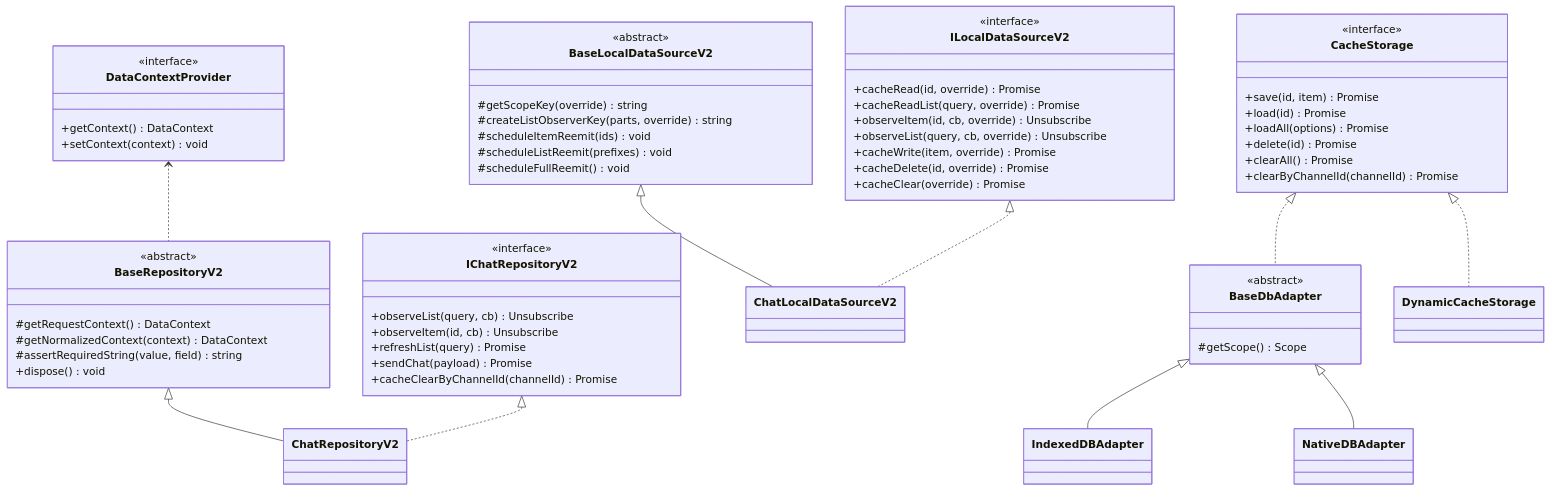
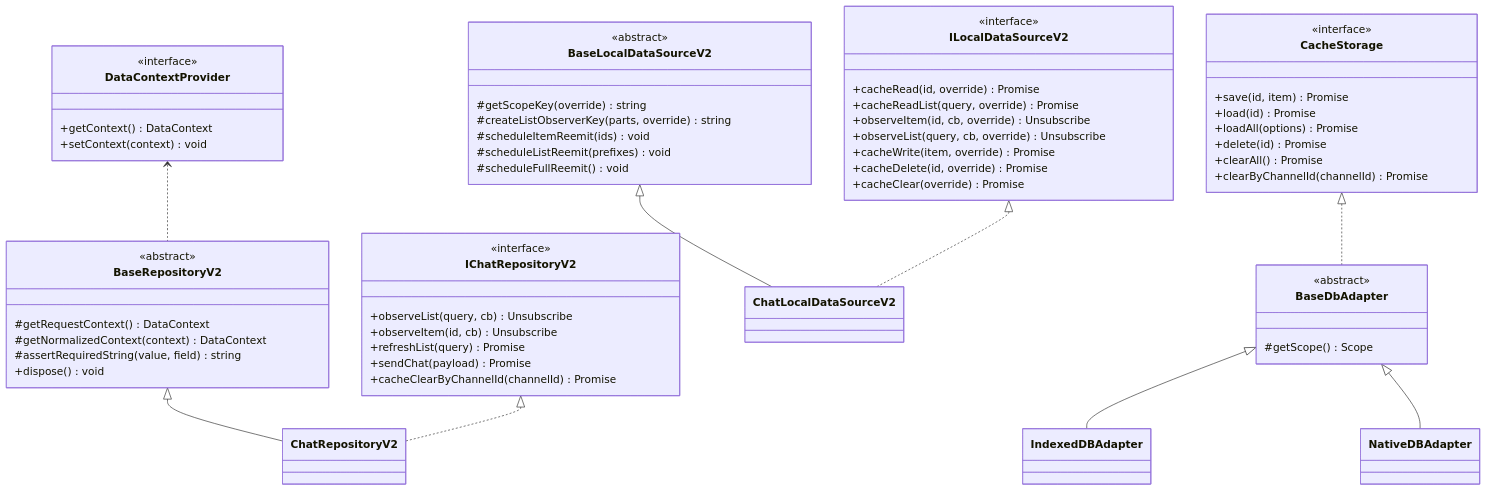
Before and after one commit to lemoncloud-io/dou-app: the second of 5 diagrams in libs/data/README.md, drawn with Mermaid. The commit also changed 29 other files, not shown here.

````diff
--- a/libs/data/README.md
+++ b/libs/data/README.md
@@ -71,76 +71,74 @@
 ```mermaid
 classDiagram
     class DataContextProvider {
         <<interface>>
         +getContext() DataContext
         +setContext(context) void
     }
 
     class BaseRepositoryV2 {
         <<abstract>>
         #getRequestContext() DataContext
         #getNormalizedContext(context) DataContext
         #assertRequiredString(value, field) string
         +dispose() void
     }
 
     class IChatRepositoryV2 {
         <<interface>>
         +observeList(query, cb) Unsubscribe
         +observeItem(id, cb) Unsubscribe
         +refreshList(query) Promise
         +sendChat(payload) Promise
         +cacheClearByChannelId(channelId) Promise
     }
     class ChatRepositoryV2
 
     BaseRepositoryV2 <|-- ChatRepositoryV2
     IChatRepositoryV2 <|.. ChatRepositoryV2
     DataContextProvider <.. BaseRepositoryV2
 
     class ILocalDataSourceV2 {
         <<interface>>
         +cacheRead(id, override) Promise
         +cacheReadList(query, override) Promise
         +observeItem(id, cb, override) Unsubscribe
         +observeList(query, cb, override) Unsubscribe
         +cacheWrite(item, override) Promise
         +cacheDelete(id, override) Promise
         +cacheClear(override) Promise
     }
 
     class BaseLocalDataSourceV2 {
         <<abstract>>
         #getScopeKey(override) string
         #createListObserverKey(parts, override) string
         #scheduleItemReemit(ids) void
         #scheduleListReemit(prefixes) void
         #scheduleFullReemit() void
     }
     class ChatLocalDataSourceV2
 
     BaseLocalDataSourceV2 <|-- ChatLocalDataSourceV2
     ILocalDataSourceV2 <|.. ChatLocalDataSourceV2
 
     class CacheStorage {
         <<interface>>
         +save(id, item) Promise
         +load(id) Promise
         +loadAll(options) Promise
         +delete(id) Promise
         +clearAll() Promise
         +clearByChannelId(channelId) Promise
     }
     class BaseDbAdapter {
         <<abstract>>
         #getScope() Scope
     }
     class IndexedDBAdapter
     class NativeDBAdapter
-    class DynamicCacheStorage
 
     CacheStorage <|.. BaseDbAdapter
     BaseDbAdapter <|-- IndexedDBAdapter
     BaseDbAdapter <|-- NativeDBAdapter
-    CacheStorage <|.. DynamicCacheStorage
 ```
````
